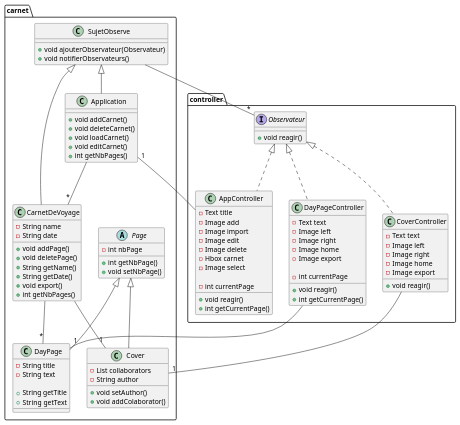
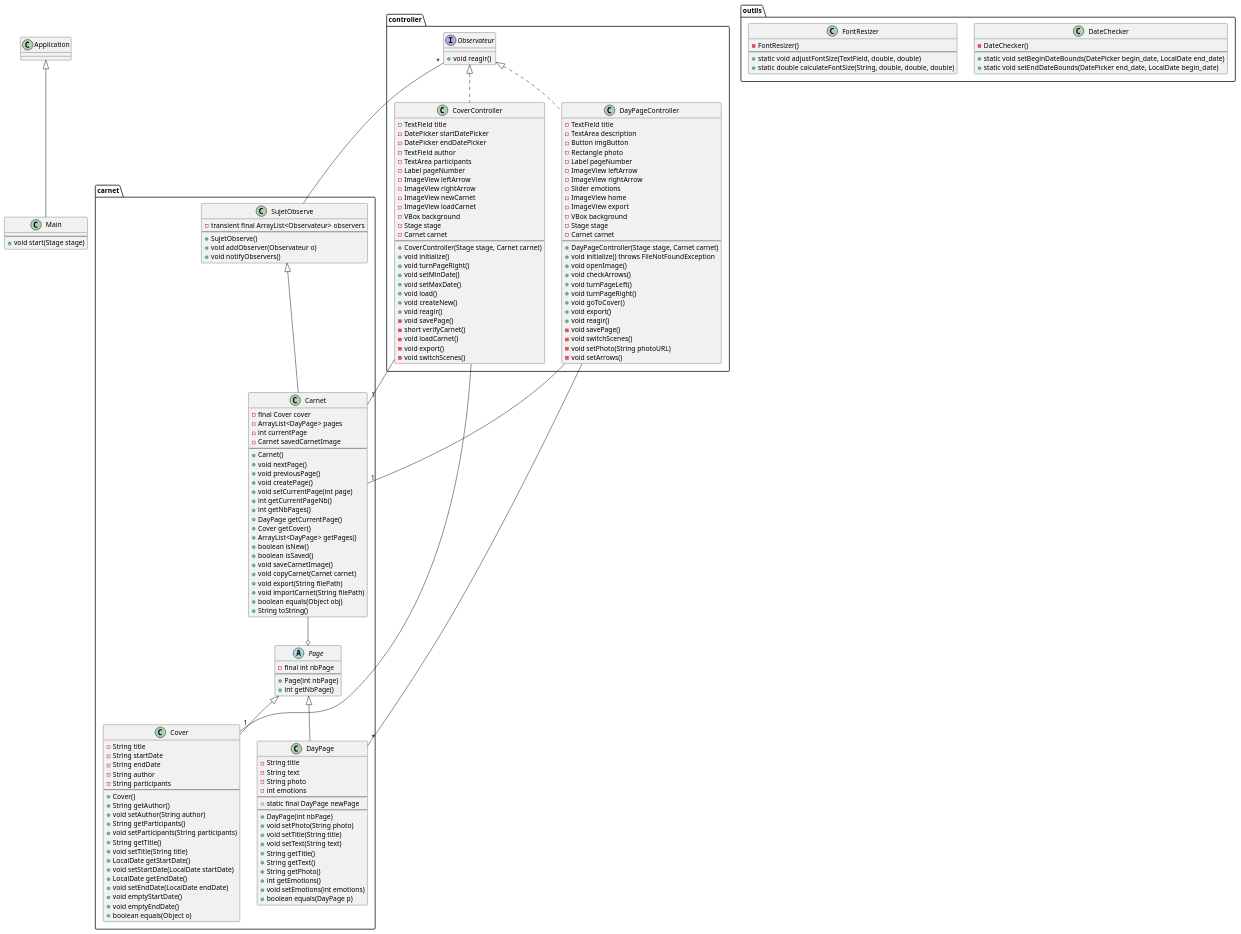
One commit to notadenys/Carnet-de-voyage changed the diagram in UML.puml. Above: the diagram before and after it, drawn with PlantUML. The commit also changed 1 other file, not shown here.

Commit message:
changed UML diagram, final version of the project

```diff
--- a/UML.puml
+++ b/UML.puml
@@ -1,109 +1,184 @@
 @startuml
 
-abstract class carnet.Page{
-- int nbPage
+package controller {
+    class CoverController implements Observateur {
+            - TextField title
+            - DatePicker startDatePicker
+            - DatePicker endDatePicker
+            - TextField author
+            - TextArea participants
+            - Label pageNumber
+            - ImageView leftArrow
+            - ImageView rightArrow
+            - ImageView newCarnet
+            - ImageView loadCarnet
+            - VBox background
+            - Stage stage
+            - Carnet carnet
+            --
+            + CoverController(Stage stage, Carnet carnet)
+            + void initialize()
+            + void turnPageRight()
+            + void setMinDate()
+            + void setMaxDate()
+            + void load()
+            + void createNew()
+            + void reagir()
+            - void savePage()
+            - short verifyCarnet()
+            - void loadCarnet()
+            - void export()
+            - void switchScenes()
+    }
 
-+ int getNbPage()
-+ void setNbPage()
+    class DayPageController implements Observateur {
+            - TextField title
+            - TextArea description
+            - Button imgButton
+            - Rectangle photo
+            - Label pageNumber
+            - ImageView leftArrow
+            - ImageView rightArrow
+            - Slider emotions
+            - ImageView home
+            - ImageView export
+            - VBox background
+            - Stage stage
+            - Carnet carnet
+            --
+            + DayPageController(Stage stage, Carnet carnet)
+            + void initialize() throws FileNotFoundException
+            + void openImage()
+            + void checkArrows()
+            + void turnPageLeft()
+            + void turnPageRight()
+            + void goToCover()
+            + void export()
+            + void reagir()
+            - void savePage()
+            - void switchScenes()
+            - void setPhoto(String photoURL)
+            - void setArrows()
+    }
+
+    interface Observateur {
+        + void reagir()
+    }
 }
 
-class carnet.DayPage extends carnet.Page{
-- String title
-- String text
+package carnet {
+    class Cover extends Page {
+            - String title
+            - String startDate
+            - String endDate
+            - String author
+            - String participants
+            --
+            + Cover()
+            + String getAuthor()
+            + void setAuthor(String author)
+            + String getParticipants()
+            + void setParticipants(String participants)
+            + String getTitle()
+            + void setTitle(String title)
+            + LocalDate getStartDate()
+            + void setStartDate(LocalDate startDate)
+            + LocalDate getEndDate()
+            + void setEndDate(LocalDate endDate)
+            + void emptyStartDate()
+            + void emptyEndDate()
+            + boolean equals(Object o)
+    }
 
-+ String getTitle
-+ String getText
+    abstract class Page {
+            - final int nbPage
+            --
+            + Page(int nbPage)
+            + int getNbPage()
+    }
+
+    class SujetObserve {
+            - transient final ArrayList<Observateur> observers
+            --
+            + SujetObserve()
+            + void addObserver(Observateur o)
+            + void notifyObservers()
+    }
+
+    class Carnet extends SujetObserve {
+            - final Cover cover
+            - ArrayList<DayPage> pages
+            - int currentPage
+            - Carnet savedCarnetImage
+            --
+            + Carnet()
+            + void nextPage()
+            + void previousPage()
+            + void createPage()
+            + void setCurrentPage(int page)
+            + int getCurrentPageNb()
+            + int getNbPages()
+            + DayPage getCurrentPage()
+            + Cover getCover()
+            + ArrayList<DayPage> getPages()
+            + boolean isNew()
+            + boolean isSaved()
+            + void saveCarnetImage()
+            + void copyCarnet(Carnet carnet)
+            + void export(String filePath)
+            + void importCarnet(String filePath)
+            + boolean equals(Object obj)
+            + String toString()
+    }
+
+    class DayPage extends Page {
+            - String title
+            - String text
+            - String photo
+            - int emotions
+            --
+            + static final DayPage newPage
+            --
+            + DayPage(int nbPage)
+            + void setPhoto(String photo)
+            + void setTitle(String title)
+            + void setText(String text)
+            + String getTitle()
+            + String getText()
+            + String getPhoto()
+            + int getEmotions()
+            + void setEmotions(int emotions)
+            + boolean equals(DayPage p)
+    }
 }
 
-class carnet.Cover extends carnet.Page{
-- List collaborators
-- String author
+package outils {
+    class DateChecker {
+            - DateChecker()
+            --
+            + static void setBeginDateBounds(DatePicker begin_date, LocalDate end_date)
+            + static void setEndDateBounds(DatePicker end_date, LocalDate begin_date)
+    }
 
-+ void setAuthor()
-+ void addColaborator()
+    class FontResizer {
+        -FontResizer()
+        --
+        +static void adjustFontSize(TextField, double, double)
+        +static double calculateFontSize(String, double, double, double)
+    }
 }
 
-class carnet.CarnetDeVoyage extends carnet.SujetObserve{
-- String name
-- String date
-
-+ void addPage()
-+ void deletePage()
-+ String getName()
-+ String getDate()
-+ void export()
-+ int getNbPages()
+class Main extends Application {
+    --
+    + void start(Stage stage)
 }
 
-class carnet.SujetObserve{
-+ void ajouterObservateur(Observateur)
-+ void notifierObservateurs()
-}
-
-class carnet.Application extends carnet.SujetObserve
-{
-+ void addCarnet()
-+ void deleteCarnet()
-+ void loadCarnet()
-+ void editCarnet()
-+ int getNbPages()
-}
+controller.CoverController --"1" carnet.Cover
+controller.CoverController --"1" carnet.Carnet
+controller.DayPageController --"1" carnet.Carnet
+controller.DayPageController --"*" carnet.DayPage
+carnet.Carnet --o carnet.Page
+carnet.SujetObserve --"*" controller.Observateur
 
 
-
-interface controller.Observateur{ 
-+ void reagir()
-}
-
-class controller.AppController implements controller.Observateur
-{
-- Text title
-- Image add
-- Image import
-- Image edit
-- Image delete
-- Hbox carnet
-- Image select
-
-- int currentPage
-
-+ void reagir()
-+ int getCurrentPage()
-}
-
-class controller.CoverController implements controller.Observateur
-{
-- Text text
-- Image left
-- Image right
-- Image home
-- Image export
-
-+ void reagir()
-}
-
-class controller.DayPageController implements controller.Observateur
-{
-- Text text
-- Image left
-- Image right
-- Image home
-- Image export
-
-- int currentPage
-
-
-+ void reagir()
-+ int getCurrentPage()
-}
-
-
-CarnetDeVoyage --"1" Cover
-CarnetDeVoyage --"*" DayPage
-Application --"*" CarnetDeVoyage
-SujetObserve --"*" Observateur
-CoverController --"1" Cover
-DayPageController --"1" DayPage
-AppController --"1" Application
-
 @enduml
```
